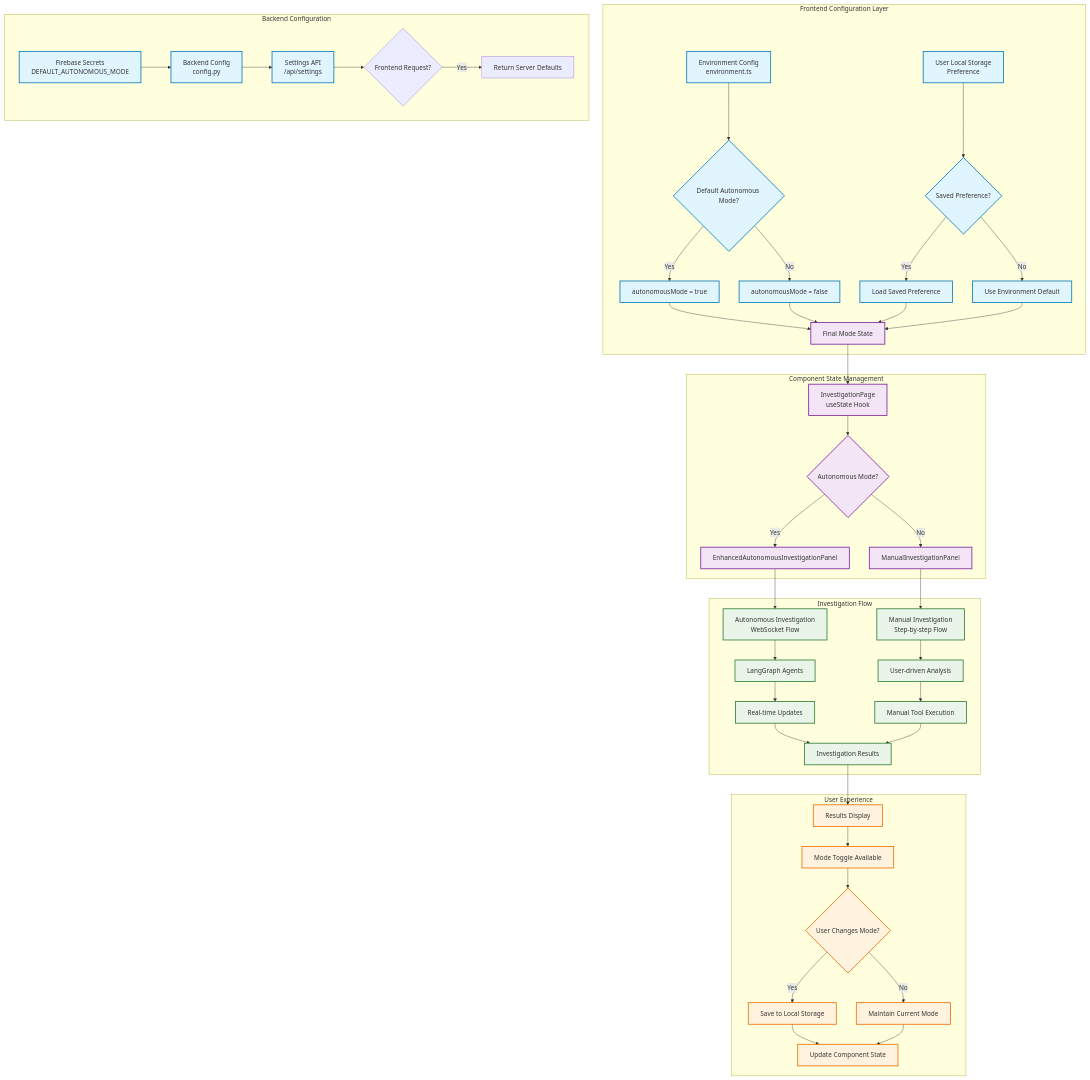
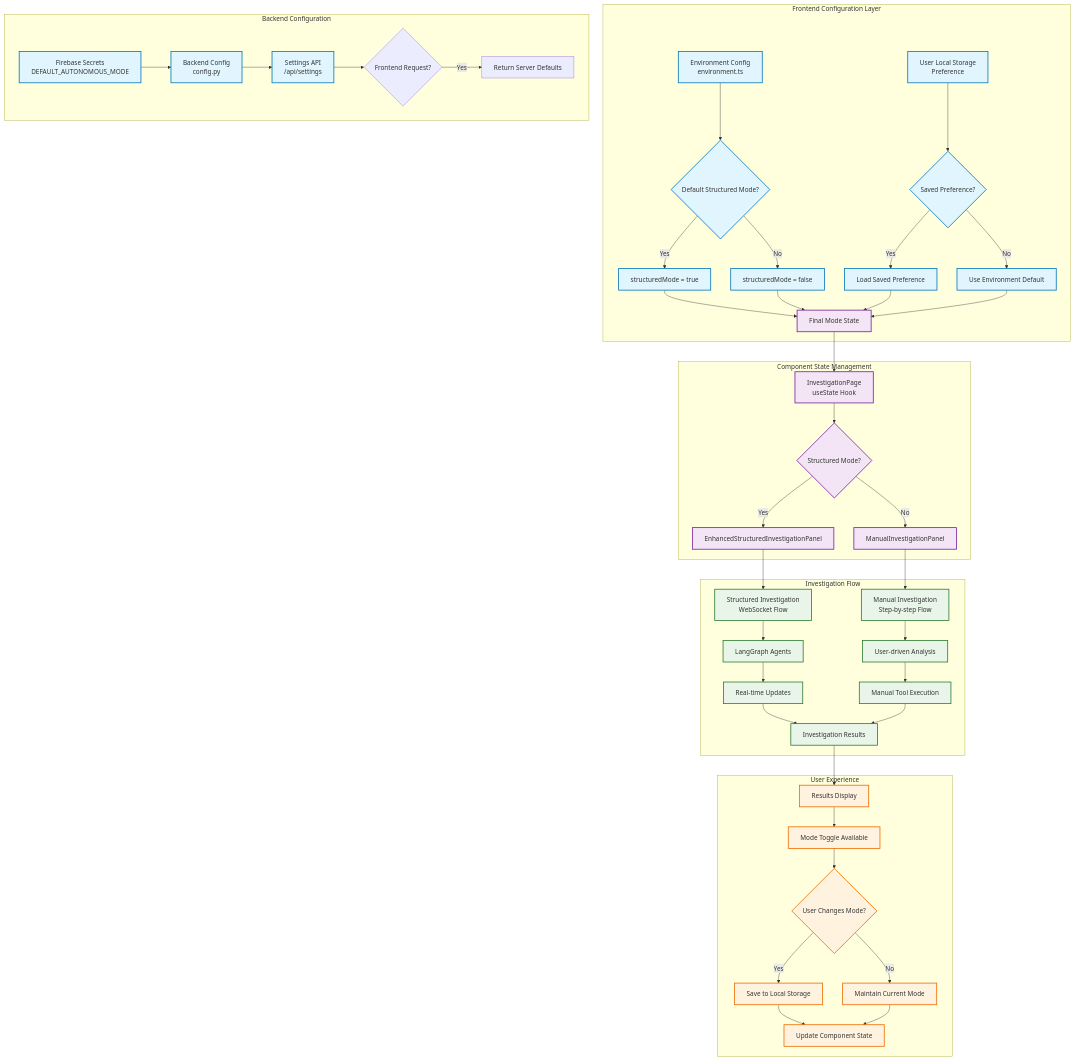
One commit to Olorin-ai-git/Bayit-Plus changed the first of 5 diagrams in docs/diagrams/autonomous-mode-default-architecture-2025-01-04.md. Above: the diagram before and after it, drawn with Mermaid. The commit also changed other lines of this file and 703 other files, not shown here.

````diff
--- a/docs/diagrams/autonomous-mode-default-architecture-2025-01-04.md
+++ b/docs/diagrams/autonomous-mode-default-architecture-2025-01-04.md
@@ -8,65 +8,65 @@
 ```mermaid
 graph TB
     subgraph "Frontend Configuration Layer"
-        A[Environment Config<br/>environment.ts] --> B{Default Autonomous Mode?}
-        B -->|Yes| C[autonomousMode = true]
-        B -->|No| D[autonomousMode = false]
+        A[Environment Config<br/>environment.ts] --> B{Default Structured Mode?}
+        B -->|Yes| C[structuredMode = true]
+        B -->|No| D[structuredMode = false]
         
         E[User Local Storage<br/>Preference] --> F{Saved Preference?}
         F -->|Yes| G[Load Saved Preference]
         F -->|No| H[Use Environment Default]
         
         G --> I[Final Mode State]
         C --> I
         D --> I
         H --> I
     end
     
     subgraph "Component State Management"
         I --> J[InvestigationPage<br/>useState Hook]
-        J --> K{Autonomous Mode?}
-        K -->|Yes| L[EnhancedAutonomousInvestigationPanel]
+        J --> K{Structured Mode?}
+        K -->|Yes| L[EnhancedStructuredInvestigationPanel]
         K -->|No| M[ManualInvestigationPanel]
     end
     
     subgraph "Backend Configuration"
         N[Firebase Secrets<br/>DEFAULT_AUTONOMOUS_MODE] --> O[Backend Config<br/>config.py]
         O --> P[Settings API<br/>/api/settings]
         P --> Q{Frontend Request?}
         Q -->|Yes| R[Return Server Defaults]
     end
     
     subgraph "Investigation Flow"
-        L --> S[Autonomous Investigation<br/>WebSocket Flow]
+        L --> S[Structured Investigation<br/>WebSocket Flow]
         M --> T[Manual Investigation<br/>Step-by-step Flow]
         
         S --> U[LangGraph Agents]
         U --> V[Real-time Updates]
         V --> W[Investigation Results]
         
         T --> X[User-driven Analysis]
         X --> Y[Manual Tool Execution]
         Y --> W
     end
     
     subgraph "User Experience"
         W --> Z[Results Display]
         Z --> AA[Mode Toggle Available]
         AA --> AB{User Changes Mode?}
         AB -->|Yes| AC[Save to Local Storage]
         AB -->|No| AD[Maintain Current Mode]
         AC --> AE[Update Component State]
         AD --> AE
     end
     
     %% Styling
     classDef configNode fill:#e1f5fe,stroke:#0277bd,stroke-width:2px
     classDef componentNode fill:#f3e5f5,stroke:#7b1fa2,stroke-width:2px
     classDef investigationNode fill:#e8f5e8,stroke:#2e7d32,stroke-width:2px
     classDef userNode fill:#fff3e0,stroke:#ef6c00,stroke-width:2px
     
     class A,B,C,D,E,F,G,H,N,O,P configNode
     class I,J,K,L,M componentNode
     class S,T,U,V,W,X,Y investigationNode
     class Z,AA,AB,AC,AD,AE userNode
 ```
````
